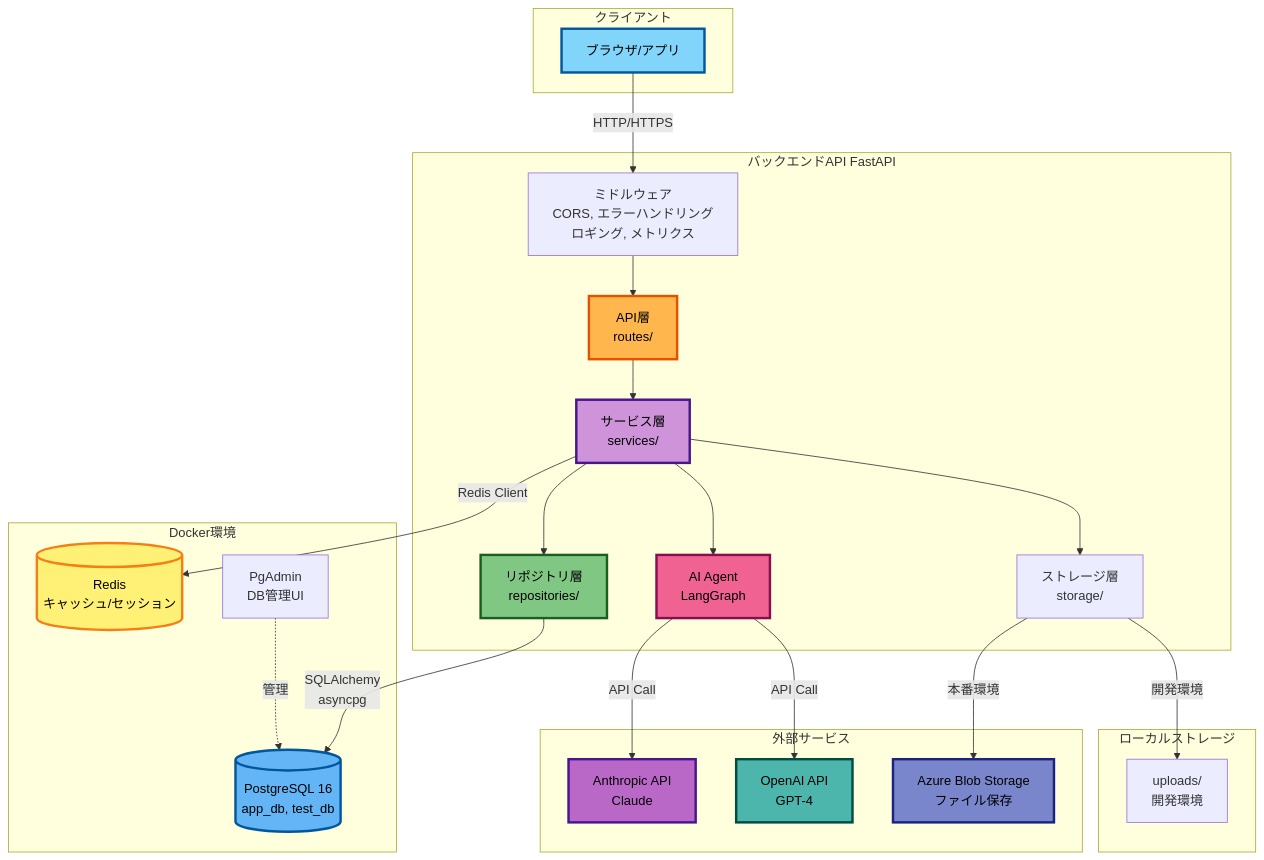
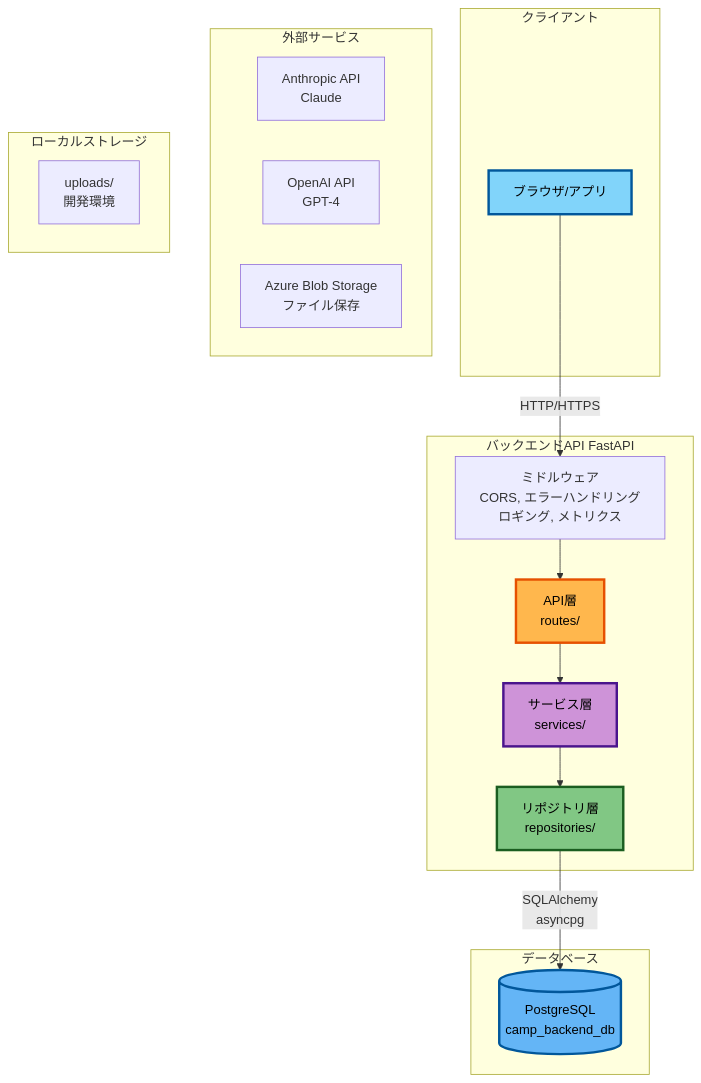
The diagram in docs/02-architecture/01-project-structure.md (nomura-koshiro/genai-app-docs), drawn with Mermaid before and after one commit. The commit also changed other lines of this file and 35 other files, not shown here.

````diff
--- a/docs/02-architecture/01-project-structure.md
+++ b/docs/02-architecture/01-project-structure.md
@@ -9,59 +9,40 @@
 ```mermaid
 graph TB
     subgraph "クライアント"
         Client[ブラウザ/アプリ]
     end
 
     subgraph "バックエンドAPI FastAPI"
         API[API層<br/>routes/]
         MW[ミドルウェア<br/>CORS, エラーハンドリング<br/>ロギング, メトリクス]
         Service[サービス層<br/>services/]
         Repo[リポジトリ層<br/>repositories/]
-        Agent[AI Agent<br/>LangGraph]
-        Storage[ストレージ層<br/>storage/]
     end
 
-    subgraph "Docker環境"
-        DB[(PostgreSQL 16<br/>app_db, test_db)]
-        Cache[(Redis<br/>キャッシュ/セッション)]
-        PgAdmin[PgAdmin<br/>DB管理UI]
+    subgraph "データベース"
+        DB[(PostgreSQL<br/>camp_backend_db)]
     end
 
     subgraph "外部サービス"
         Anthropic[Anthropic API<br/>Claude]
         OpenAI[OpenAI API<br/>GPT-4]
         Azure[Azure Blob Storage<br/>ファイル保存]
     end
 
     subgraph "ローカルストレージ"
         Local[uploads/<br/>開発環境]
     end
 
     Client -->|HTTP/HTTPS| MW
     MW --> API
     API --> Service
     Service --> Repo
-    Service --> Agent
-    Service --> Storage
 
     Repo -->|SQLAlchemy<br/>asyncpg| DB
-    Service -->|Redis Client| Cache
-    Agent -->|API Call| Anthropic
-    Agent -->|API Call| OpenAI
-
-    Storage -->|本番環境| Azure
-    Storage -->|開発環境| Local
-
-    PgAdmin -.->|管理| DB
 
     style Client fill:#81d4fa,stroke:#01579b,stroke-width:3px,color:#000
     style API fill:#ffb74d,stroke:#e65100,stroke-width:3px,color:#000
     style Service fill:#ce93d8,stroke:#4a148c,stroke-width:3px,color:#000
     style Repo fill:#81c784,stroke:#1b5e20,stroke-width:3px,color:#000
-    style Agent fill:#f06292,stroke:#880e4f,stroke-width:3px,color:#000
     style DB fill:#64b5f6,stroke:#01579b,stroke-width:3px,color:#000
-    style Cache fill:#fff176,stroke:#f57f17,stroke-width:3px,color:#000
-    style Anthropic fill:#ba68c8,stroke:#4a148c,stroke-width:3px,color:#000
-    style OpenAI fill:#4db6ac,stroke:#004d40,stroke-width:3px,color:#000
-    style Azure fill:#7986cb,stroke:#1a237e,stroke-width:3px,color:#000
 ```
````
